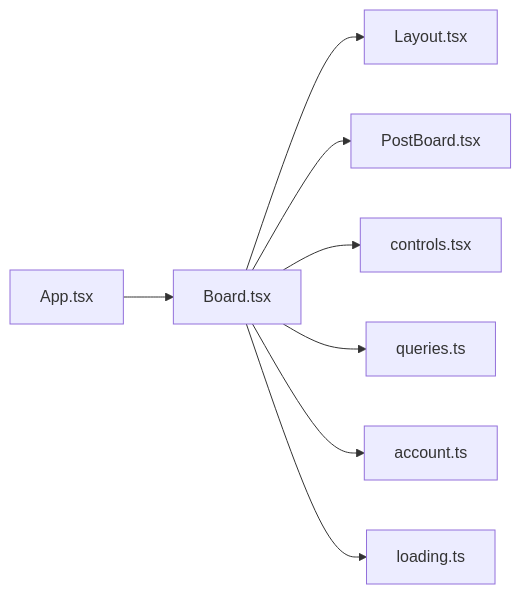
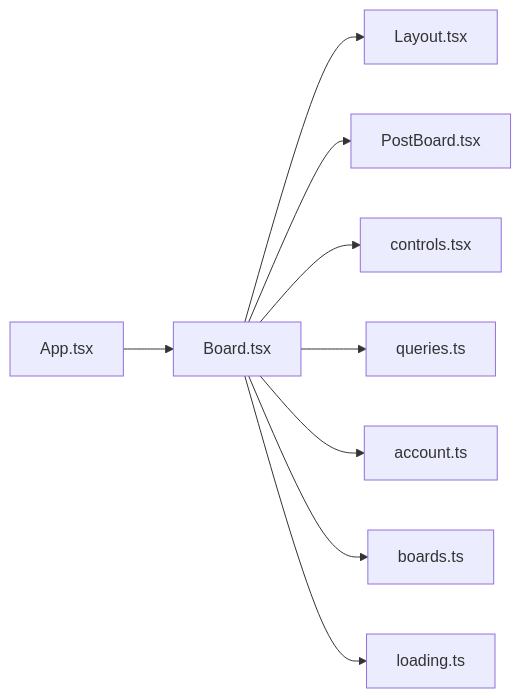
The diagram in .cluedoc/graph/frontend/src/routes/Board.md (minkong-dev/Banblit), drawn with Mermaid before and after one commit. The commit also changed other lines of this file and 19 other files, not shown here.

````diff
--- a/.cluedoc/graph/frontend/src/routes/Board.md
+++ b/.cluedoc/graph/frontend/src/routes/Board.md
@@ -10,11 +10,12 @@
 ```mermaid
 flowchart LR
   frontend_src_routes_Board["Board.tsx"]
   frontend_src_routes_Board --> frontend_src_components_Layout["Layout.tsx"]
   frontend_src_routes_Board --> frontend_src_components_PostBoard["PostBoard.tsx"]
   frontend_src_routes_Board --> frontend_src_components_controls["controls.tsx"]
   frontend_src_routes_Board --> frontend_src_components_queries["queries.ts"]
   frontend_src_routes_Board --> frontend_src_lib_account["account.ts"]
+  frontend_src_routes_Board --> frontend_src_lib_boards["boards.ts"]
   frontend_src_routes_Board --> frontend_src_lib_loading["loading.ts"]
   frontend_src_App["App.tsx"] --> frontend_src_routes_Board
 ```
````
